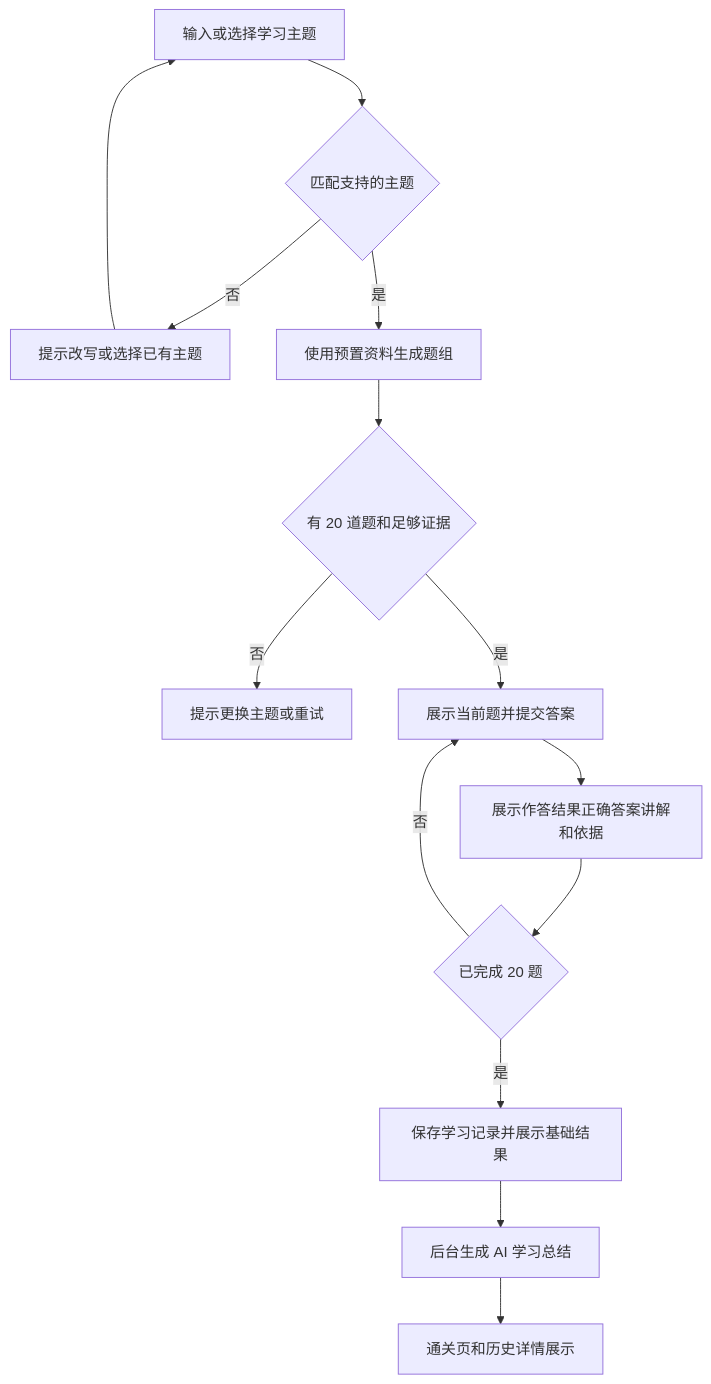
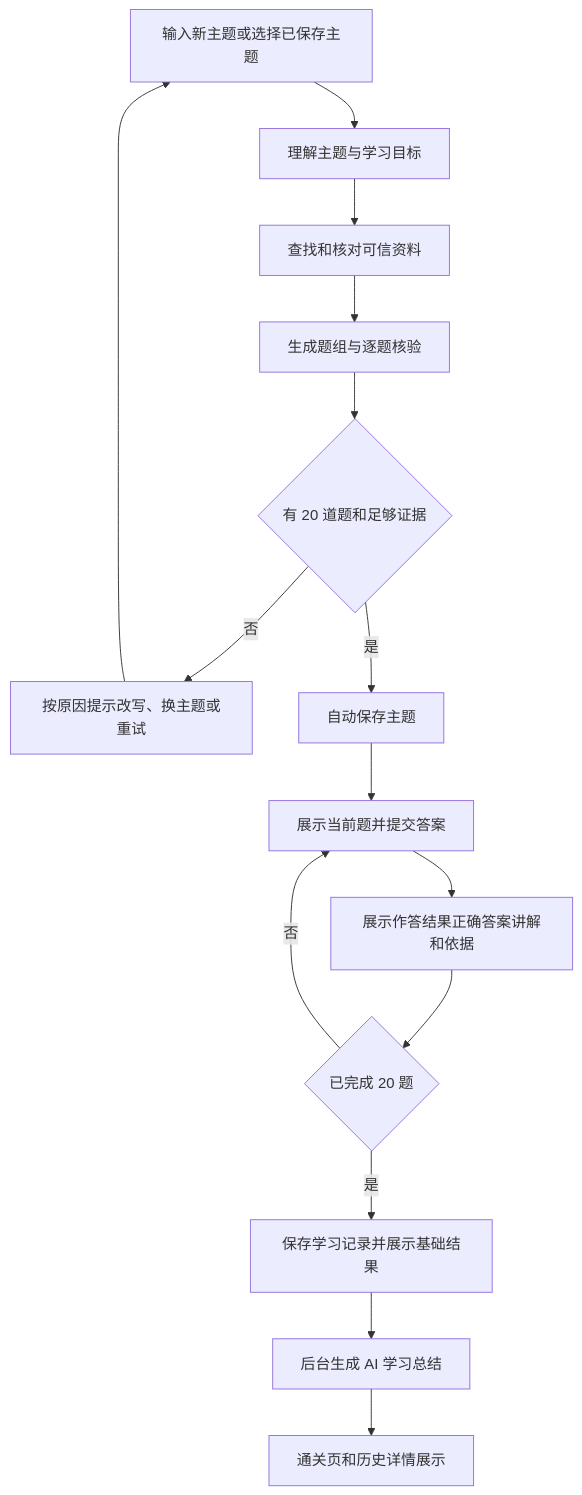
One commit to Huangbingshuai/ai_learn changed the first of 3 diagrams in docs/方案设计文档.md. Above: the diagram before and after it, drawn with Mermaid. The commit also changed other lines of this file and 3 other files, not shown here.

````diff
--- a/docs/方案设计文档.md
+++ b/docs/方案设计文档.md
@@ -33,16 +35,17 @@
 ```mermaid
 flowchart TD
-    Start[输入或选择学习主题] --> Match{匹配支持的主题}
-    Match -- 否 --> Change[提示改写或选择已有主题]
-    Change --> Start
-    Match -- 是 --> Job[使用预置资料生成题组]
+    Start[输入新主题或选择已保存主题] --> Intent[理解主题与学习目标]
+    Intent --> Sources[查找和核对可信资料]
+    Sources --> Job[生成题组与逐题核验]
     Job --> Ready{有 20 道题和足够证据}
-    Ready -- 否 --> Retry[提示更换主题或重试]
-    Ready -- 是 --> Pick[展示当前题并提交答案]
+    Ready -- 否 --> Retry[按原因提示改写、换主题或重试]
+    Retry --> Start
+    Ready -- 是 --> Topic[自动保存主题]
+    Topic --> Pick[展示当前题并提交答案]
     Pick --> Explain[展示作答结果正确答案讲解和依据]
     Explain --> Last{已完成 20 题}
     Last -- 否 --> Pick
     Last -- 是 --> Save[保存学习记录并展示基础结果]
     Save --> AI[后台生成 AI 学习总结]
     AI --> Review[通关页和历史详情展示]
 ```
````
